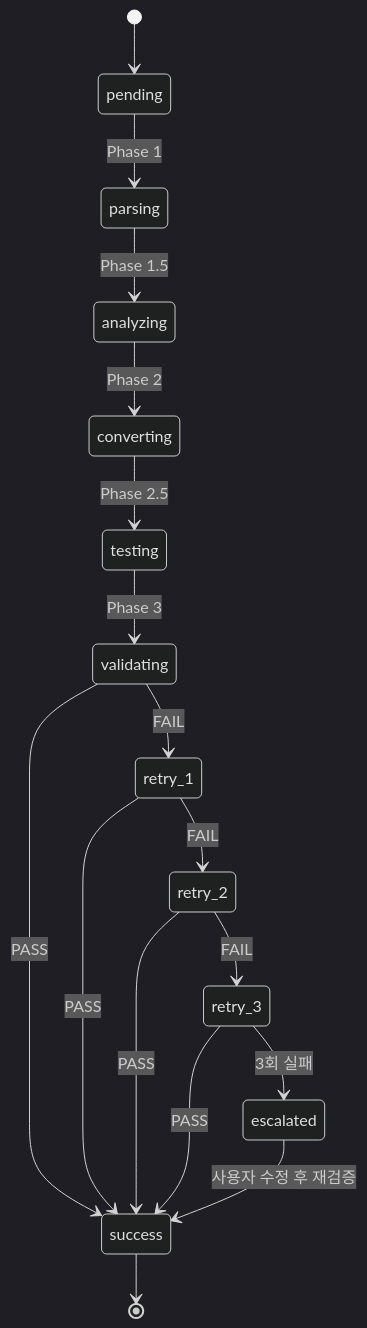
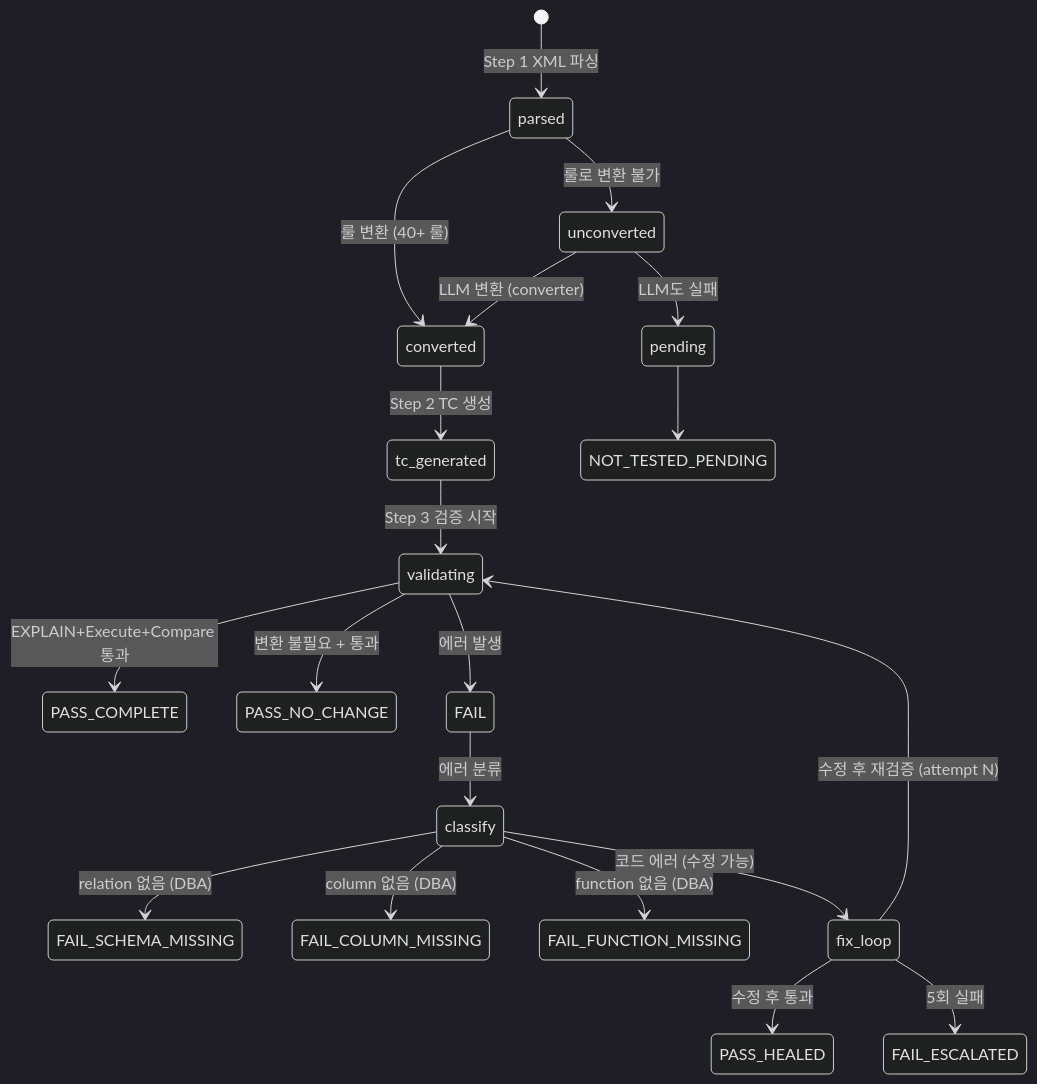
One commit to netsgo0319/oma-claude-code changed the third of 4 diagrams in docs/architecture.md. Above: the diagram before and after it, drawn with Mermaid (dark theme). The commit also changed other lines of this file and 1 other file, not shown here.

First line of the commit message:
docs: 아키텍처 문서 전면 재작성 + STEP_END 통일 + 상태 표시 필수화

````diff
--- a/docs/architecture.md
+++ b/docs/architecture.md
@@ -388,25 +100,28 @@
 ```mermaid
 stateDiagram-v2
-    [*] --> pending
-    pending --> parsing: Phase 1
-    parsing --> analyzing: Phase 1.5
-    analyzing --> converting: Phase 2
-    converting --> testing: Phase 2.5
-    testing --> validating: Phase 3
+    [*] --> parsed: Step 1 XML 파싱
+    parsed --> converted: 룰 변환 (40+ 룰)
+    parsed --> unconverted: 룰로 변환 불가
+    unconverted --> converted: LLM 변환 (converter)
+    unconverted --> pending: LLM도 실패
 
-    validating --> success: PASS
-    validating --> retry_1: FAIL
+    converted --> tc_generated: Step 2 TC 생성
+    tc_generated --> validating: Step 3 검증 시작
 
-    retry_1 --> success: PASS
-    retry_1 --> retry_2: FAIL
+    validating --> PASS_COMPLETE: EXPLAIN+Execute+Compare 통과
+    validating --> PASS_NO_CHANGE: 변환 불필요 + 통과
+    validating --> FAIL: 에러 발생
 
-    retry_2 --> success: PASS
-    retry_2 --> retry_3: FAIL
+    FAIL --> classify: 에러 분류
 
-    retry_3 --> success: PASS
-    retry_3 --> escalated: 3회 실패
+    classify --> FAIL_SCHEMA_MISSING: relation 없음 (DBA)
+    classify --> FAIL_COLUMN_MISSING: column 없음 (DBA)
+    classify --> FAIL_FUNCTION_MISSING: function 없음 (DBA)
+    classify --> fix_loop: 코드 에러 (수정 가능)
 
-    escalated --> success: 사용자 수정 후 재검증
+    fix_loop --> validating: 수정 후 재검증 (attempt N)
+    fix_loop --> PASS_HEALED: 수정 후 통과
+    fix_loop --> FAIL_ESCALATED: 5회 실패
 
-    success --> [*]
+    pending --> NOT_TESTED_PENDING
 ```
````
